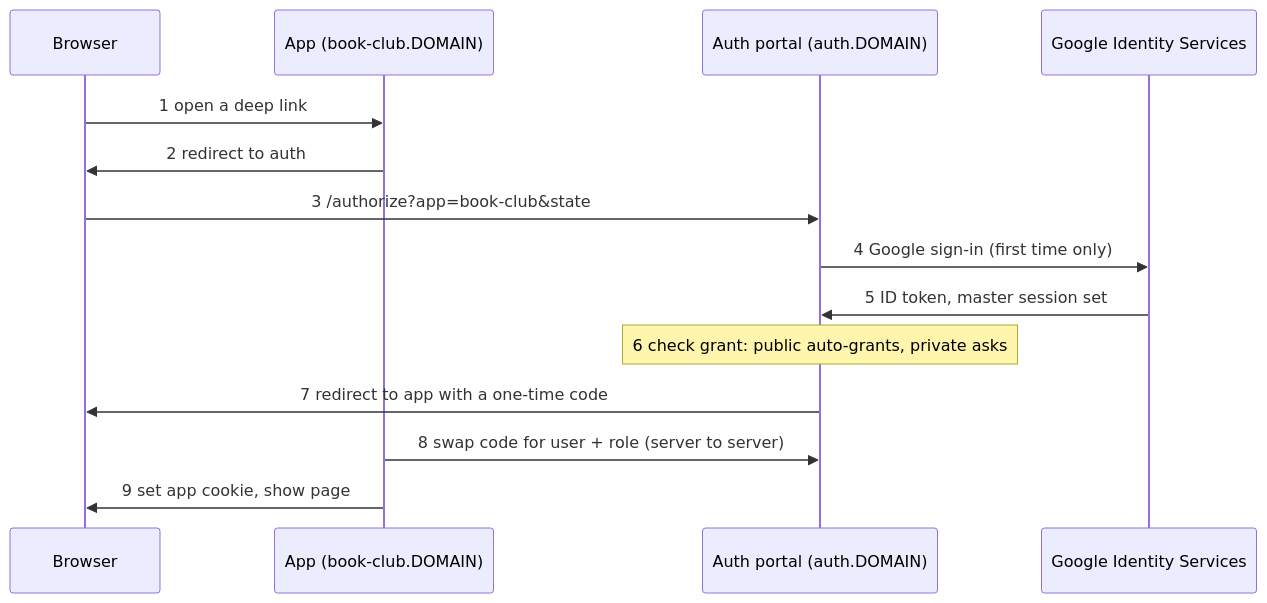
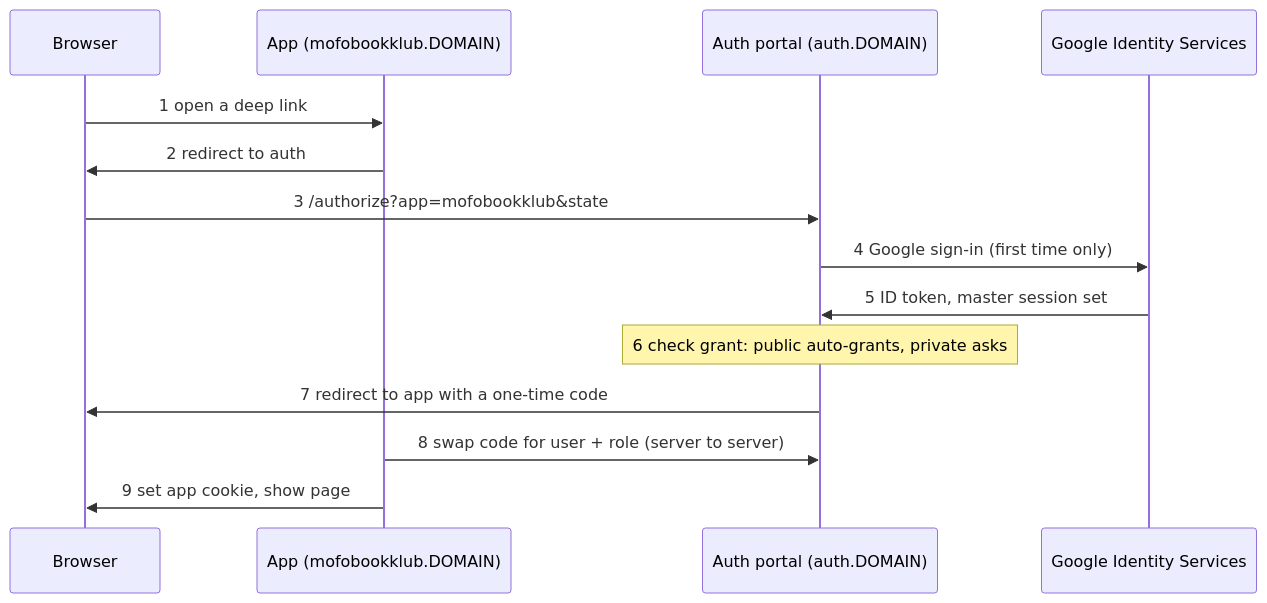
Before and after one commit to dashnash/stacks: the second of 2 diagrams in docs/PLATFORM_SPEC.md, drawn with Mermaid. The commit also changed other lines of this file and 139 other files, not shown here.

First line of the commit message:
Book Club keeps its address: slug mofobookklub, held in production until cut-over

````diff
--- a/docs/PLATFORM_SPEC.md
+++ b/docs/PLATFORM_SPEC.md
@@ -99,16 +99,16 @@
 ```mermaid
 sequenceDiagram
   participant B as Browser
-  participant A as App (book-club.DOMAIN)
+  participant A as App (mofobookklub.DOMAIN)
   participant U as Auth portal (auth.DOMAIN)
   participant G as Google Identity Services
   B->>A: 1 open a deep link
   A->>B: 2 redirect to auth
-  B->>U: 3 /authorize?app=book-club&state
+  B->>U: 3 /authorize?app=mofobookklub&state
   U->>G: 4 Google sign-in (first time only)
   G->>U: 5 ID token, master session set
   Note over U: 6 check grant: public auto-grants, private asks
   U->>B: 7 redirect to app with a one-time code
   A->>U: 8 swap code for user + role (server to server)
   A->>B: 9 set app cookie, show page
 ```
````
